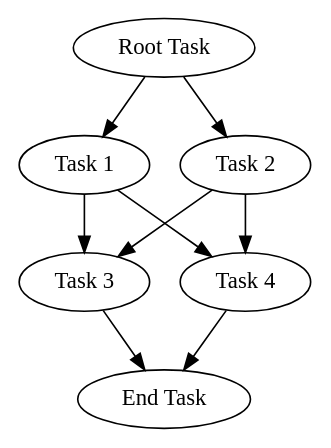
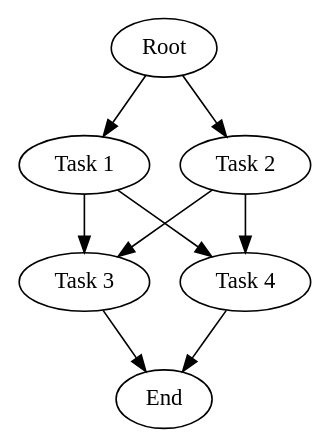
One commit to DonAurelio/nflows changed the diagram in sample/workflows/5.data_redistribution.dot. Above: the diagram before and after it, drawn with Graphviz. The commit also changed 2 other files, not shown here.

```diff
--- a/sample/workflows/5.data_redistribution.dot
+++ b/sample/workflows/5.data_redistribution.dot
@@ -1,17 +1,17 @@
 digraph DataRedistribution {
-    root [label="Root Task", size=500];  // 500 FLOPs
-    Task1 [label="Task 1", size=500];    // 500 FLOPs
-    Task2 [label="Task 2", size=500];    // 500 FLOPs
-    Task3 [label="Task 3", size=500];    // 500 FLOPs
-    Task4 [label="Task 4", size=500];    // 500 FLOPs
-    end [label="End Task", size=500];    // 500 FLOPs
+    root [label="Root", size=1000000000];
+    Task1 [label="Task 1", size=1000000000];
+    Task2 [label="Task 2", size=1000000000];
+    Task3 [label="Task 3", size=1000000000];
+    Task4 [label="Task 4", size=1000000000];
+    end [label="End", size=1000000000];
 
-    root -> Task1 [size=300];  // 300 units of data from root to Task 1
-    root -> Task2 [size=300];  // 300 units of data from root to Task 2
-    Task1 -> Task3 [size=400]; // 400 units of data from Task 1 to Task 3
-    Task1 -> Task4 [size=400]; // 400 units of data from Task 1 to Task 4
-    Task2 -> Task3 [size=400]; // 400 units of data from Task 2 to Task 3
-    Task2 -> Task4 [size=400]; // 400 units of data from Task 2 to Task 4
-    Task3 -> end [size=300];   // 300 units of data from Task 3 to end
-    Task4 -> end [size=300];   // 300 units of data from Task 4 to end
+    root -> Task1 [size=13107200];
+    root -> Task2 [size=13107200];
+    Task1 -> Task3 [size=13107200];
+    Task1 -> Task4 [size=13107200];
+    Task2 -> Task3 [size=13107200];
+    Task2 -> Task4 [size=13107200];
+    Task3 -> end [size=13107200];
+    Task4 -> end [size=13107200];
 }
```
